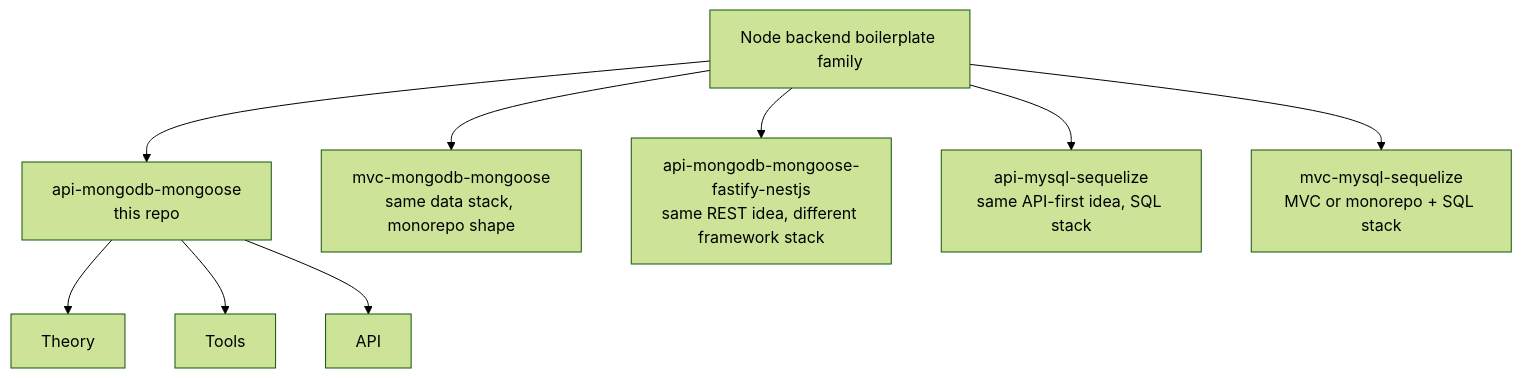
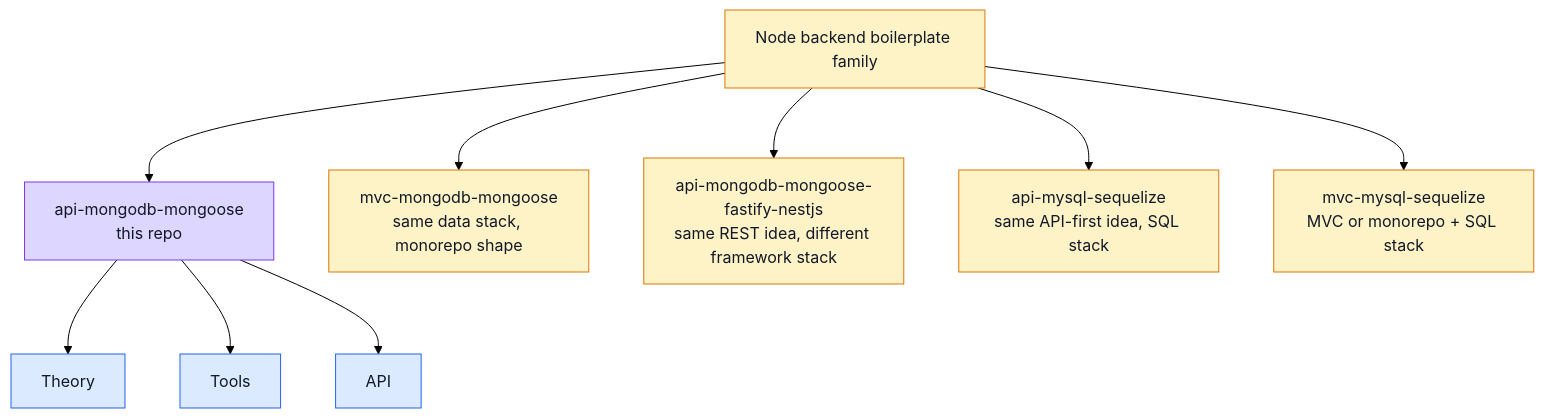
The first of 2 diagrams in docs/index.md (Guebbit/boilerplate-node-backend), drawn with Mermaid (forest theme) before and after one commit. The commit also changed other lines of this file and 16 other files, not shown here.

````diff
--- a/docs/index.md
+++ b/docs/index.md
@@ -37,12 +37,20 @@
 ```mermaid
+%%{init: {'flowchart': {'nodeSpacing': 55, 'rankSpacing': 70}}}%%
 flowchart TD
     A[Node backend boilerplate family] --> B[api-mongodb-mongoose\nthis repo]
     A --> C[mvc-mongodb-mongoose\nsame data stack, monorepo shape]
     A --> D[api-mongodb-mongoose-fastify-nestjs\nsame REST idea, different framework stack]
     A --> E[api-mysql-sequelize\nsame API-first idea, SQL stack]
     A --> F[mvc-mysql-sequelize\nMVC or monorepo + SQL stack]
 
     B --> T[Theory]
     B --> U[Tools]
     B --> V[API]
+
+    classDef family fill:#fef3c7,stroke:#d97706,color:#111827;
+    classDef current fill:#ddd6fe,stroke:#7c3aed,color:#111827;
+    classDef docs fill:#dbeafe,stroke:#2563eb,color:#111827;
+    class A,C,D,E,F family;
+    class B current;
+    class T,U,V docs;
 ```
````
